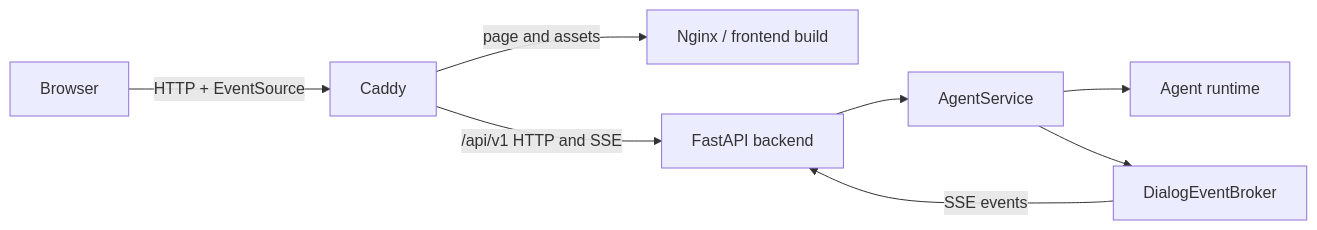
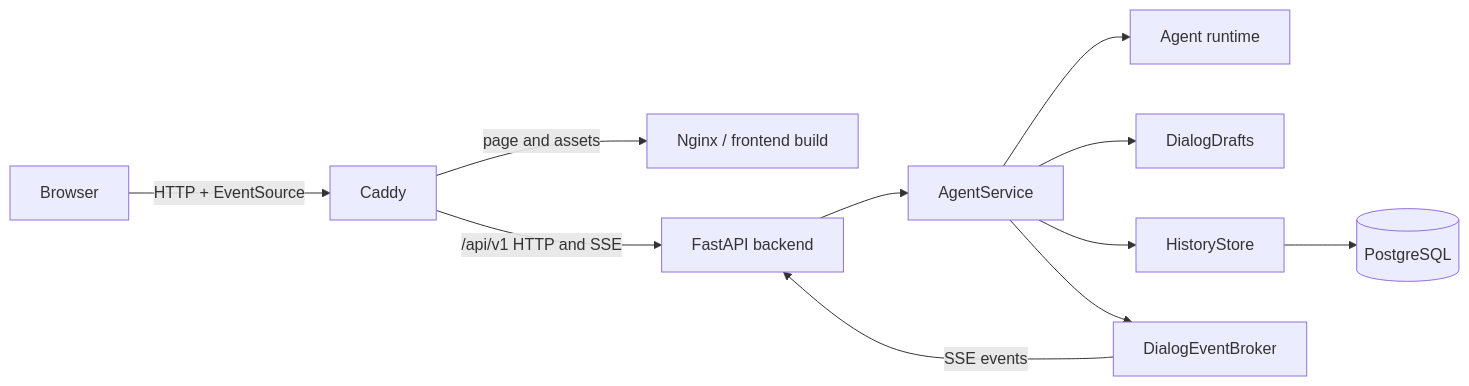
Before and after one commit to Nisakoo/BMSTU-NIRS: the third of 3 diagrams in docs/dialogs.md, drawn with Mermaid. The commit also changed other lines of this file and 37 other files, not shown here.

First line of the commit message:
feat(dialogs): persist dialog history in PostgreSQL

````diff
--- a/docs/dialogs.md
+++ b/docs/dialogs.md
@@ -198,10 +304,13 @@
 ```mermaid
 flowchart LR
     Browser[Browser] -->|HTTP + EventSource| Caddy[Caddy]
     Caddy -->|page and assets| Nginx[Nginx / frontend build]
     Caddy -->|/api/v1 HTTP and SSE| API[FastAPI backend]
     API --> Service[AgentService]
     Service --> Agent[Agent runtime]
+    Service --> Drafts[DialogDrafts]
+    Service --> History[HistoryStore]
+    History --> Postgres[(PostgreSQL)]
     Service --> Broker[DialogEventBroker]
     Broker -->|SSE events| API
 ```
````
